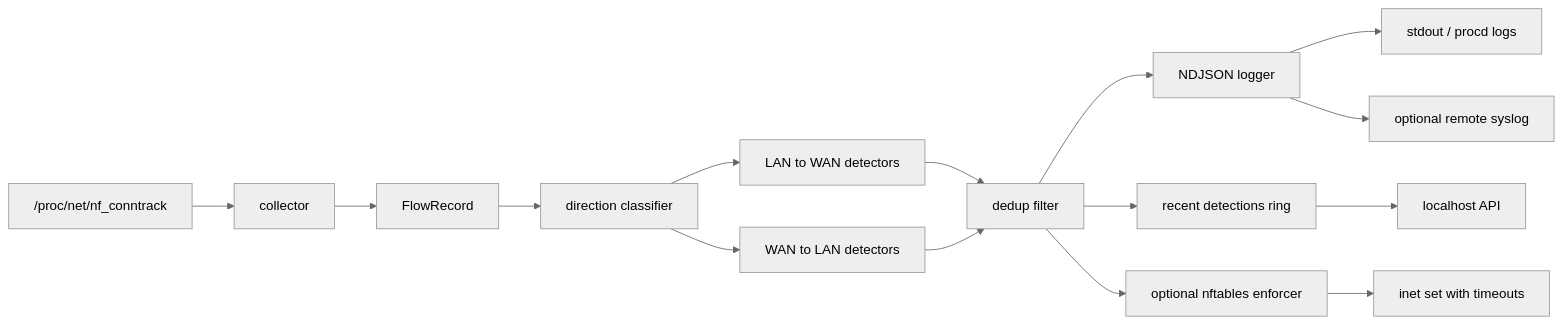
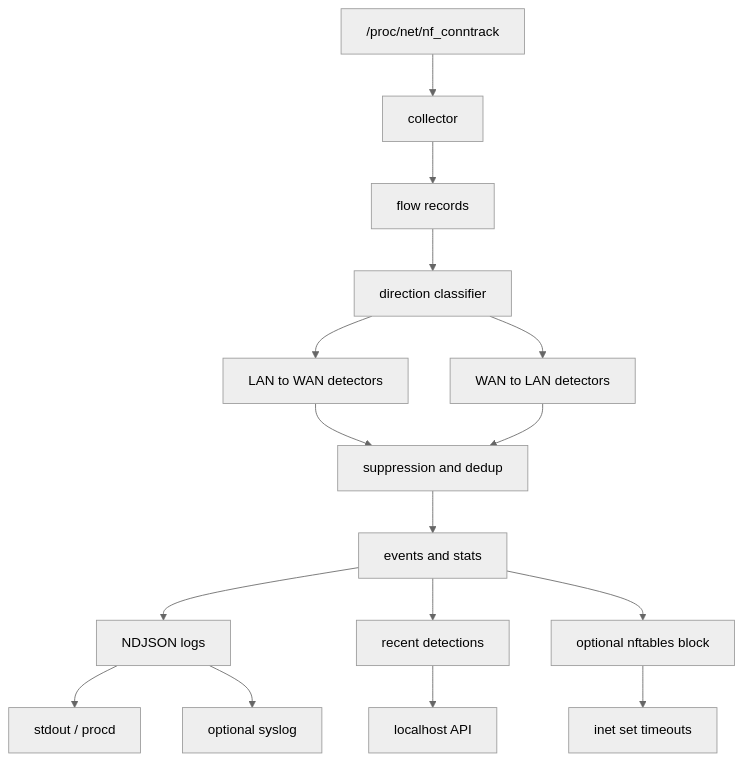
Before and after one commit to ecan0/serpent-wrt: the diagram in README.md, drawn with Mermaid (neutral theme). The commit also changed other lines of this file and 8 other files, not shown here.

````diff
--- a/README.md
+++ b/README.md
@@ -155,17 +61,18 @@
 ```mermaid
-flowchart LR
+flowchart TD
     A["/proc/net/nf_conntrack"] --> B["collector"]
-    B --> C["FlowRecord"]
+    B --> C["flow records"]
     C --> D["direction classifier"]
     D --> E["LAN to WAN detectors"]
     D --> F["WAN to LAN detectors"]
-    E --> G["dedup filter"]
+    E --> G["suppression and dedup"]
     F --> G
-    G --> H["NDJSON logger"]
-    G --> I["recent detections ring"]
-    G --> J["optional nftables enforcer"]
-    H --> K["stdout / procd logs"]
-    H --> L["optional remote syslog"]
-    I --> M["localhost API"]
-    J --> N["inet set with timeouts"]
+    G --> H["events and stats"]
+    H --> I["NDJSON logs"]
+    H --> J["recent detections"]
+    H --> K["optional nftables block"]
+    I --> L["stdout / procd"]
+    I --> M["optional syslog"]
+    J --> N["localhost API"]
+    K --> O["inet set timeouts"]
 ```
````
